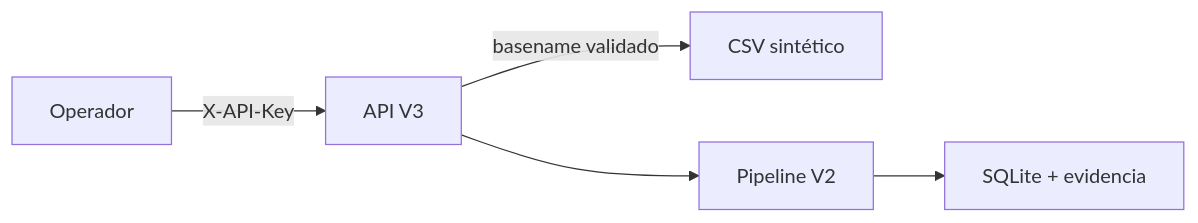
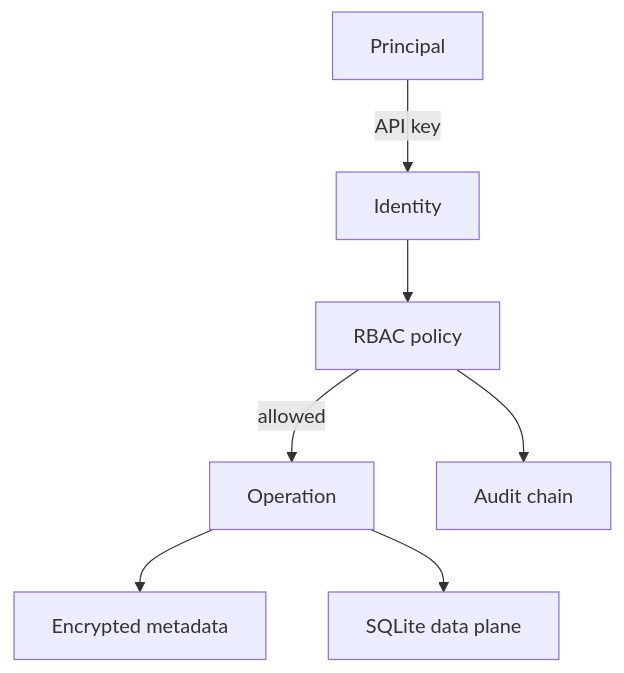
One commit to meyueya/regulated-data-ops-platform changed the diagram in THREAT_MODEL.md. Above: the diagram before and after it, drawn with Mermaid. The commit also changed other lines of this file and 26 other files, not shown here.

````diff
--- a/THREAT_MODEL.md
+++ b/THREAT_MODEL.md
@@ -33,7 +32,9 @@
 ```mermaid
-flowchart LR
-    U["Operador"] -->|"X-API-Key"| A["API V3"]
-    A -->|"basename validado"| F["CSV sintético"]
-    A --> P["Pipeline V2"]
-    P --> D["SQLite + evidencia"]
+flowchart TD
+    U["Principal"] -->|"API key"| I["Identity"]
+    I --> R["RBAC policy"]
+    R -->|"allowed"| O["Operation"]
+    R --> A["Audit chain"]
+    O --> E["Encrypted metadata"]
+    O --> D["SQLite data plane"]
 ```
````
